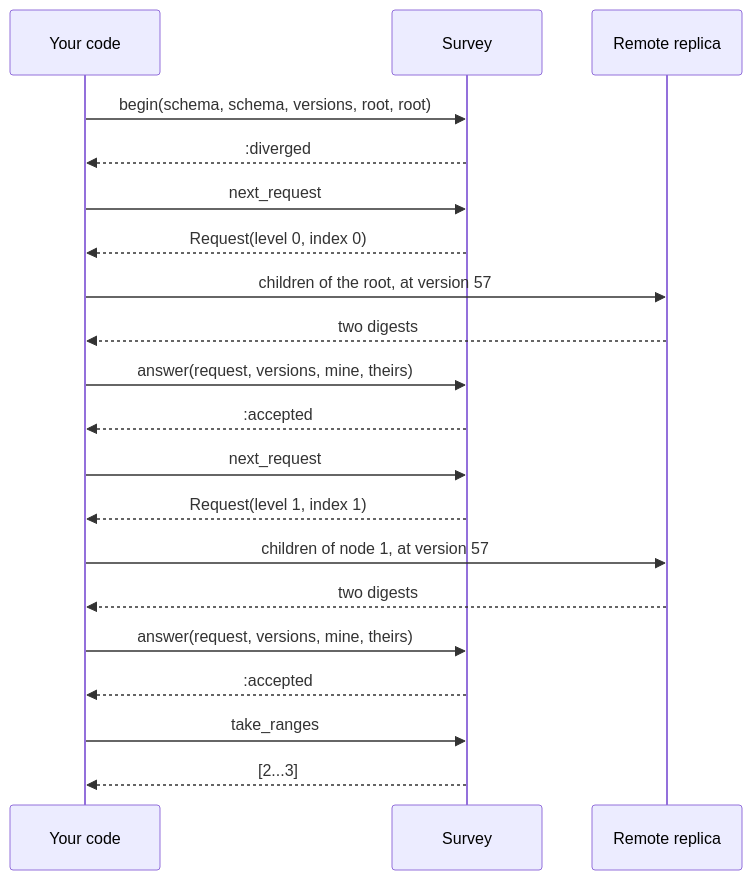
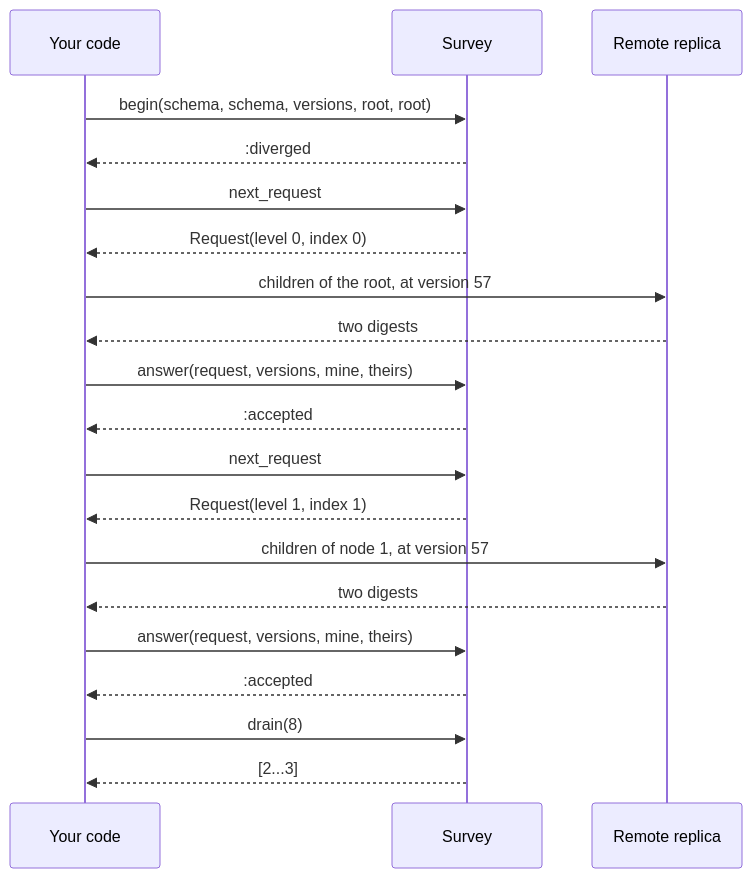
The second of 2 diagrams in README.md (seuros/merkle_machines), drawn with Mermaid before and after one commit. The commit also changed other lines of this file and 12 other files, not shown here.

First line of the commit message:
feat!: requeue and abort answer their real outcome, Ruby Request carries a Node and drain replaces take_ranges

````diff
--- a/README.md
+++ b/README.md
@@ -82,23 +82,23 @@
 ```mermaid
 sequenceDiagram
     participant A as Your code
     participant S as Survey
     participant R as Remote replica
 
     A->>S: begin(schema, schema, versions, root, root)
     S-->>A: :diverged
     A->>S: next_request
     S-->>A: Request(level 0, index 0)
     A->>R: children of the root, at version 57
     R-->>A: two digests
     A->>S: answer(request, versions, mine, theirs)
     S-->>A: :accepted
     A->>S: next_request
     S-->>A: Request(level 1, index 1)
     A->>R: children of node 1, at version 57
     R-->>A: two digests
     A->>S: answer(request, versions, mine, theirs)
     S-->>A: :accepted
-    A->>S: take_ranges
+    A->>S: drain(8)
     S-->>A: [2...3]
 ```
````
